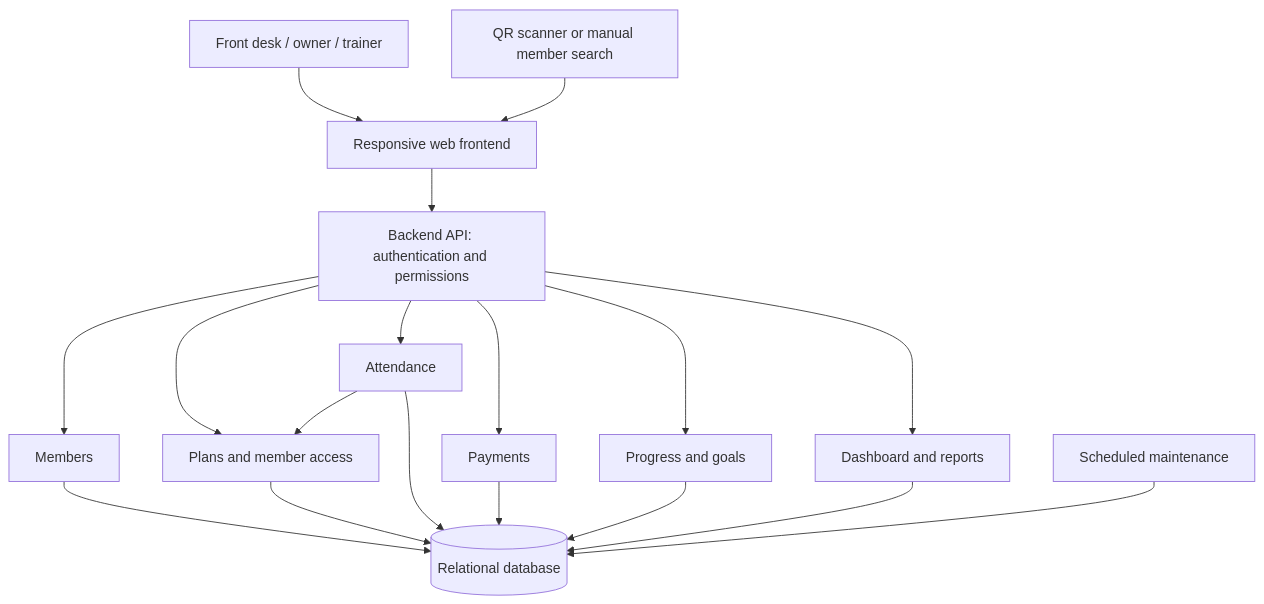
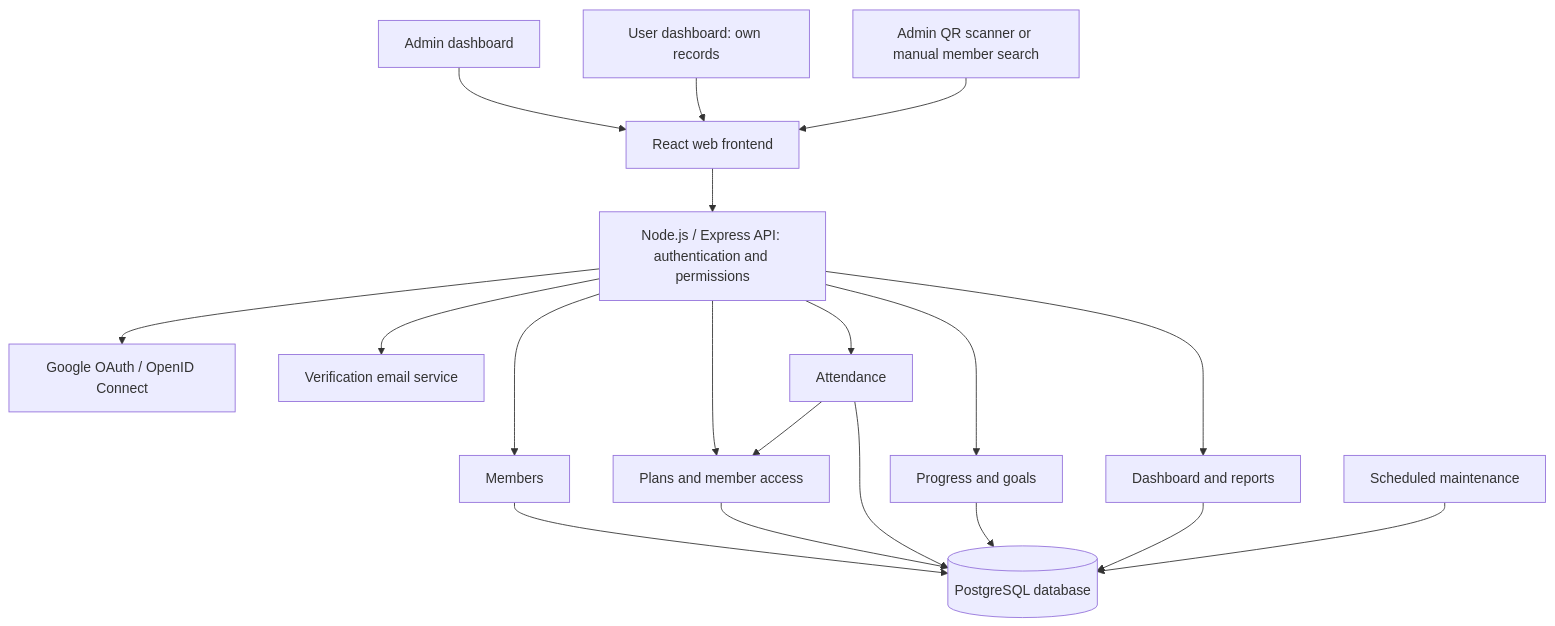
The diagram in ARCHITECTURE.md (androooooooow/TheFitnessDistrict), drawn with Mermaid before and after one commit. The commit also changed other lines of this file and 32 other files, not shown here.

````diff
--- a/ARCHITECTURE.md
+++ b/ARCHITECTURE.md
@@ -9,20 +20,21 @@
 ```mermaid
 flowchart TD
-    Staff[Front desk / owner / trainer] --> UI[Responsive web frontend]
-    Scanner[QR scanner or manual member search] --> UI
-    UI --> API[Backend API: authentication and permissions]
+    Admin[Admin dashboard] --> UI[React web frontend]
+    User[User dashboard: own records] --> UI
+    Scanner[Admin QR scanner or manual member search] --> UI
+    UI --> API[Node.js / Express API: authentication and permissions]
+    API --> Google[Google OAuth / OpenID Connect]
+    API --> Email[Verification email service]
     API --> Members[Members]
     API --> Access[Plans and member access]
     API --> Attendance[Attendance]
-    API --> Payments[Payments]
     API --> Progress[Progress and goals]
     API --> Reports[Dashboard and reports]
     Attendance --> Access
-    Members --> DB[(Relational database)]
+    Members --> DB[(PostgreSQL database)]
     Access --> DB
     Attendance --> DB
-    Payments --> DB
     Progress --> DB
     Reports --> DB
     Jobs[Scheduled maintenance] --> DB
 ```
````
